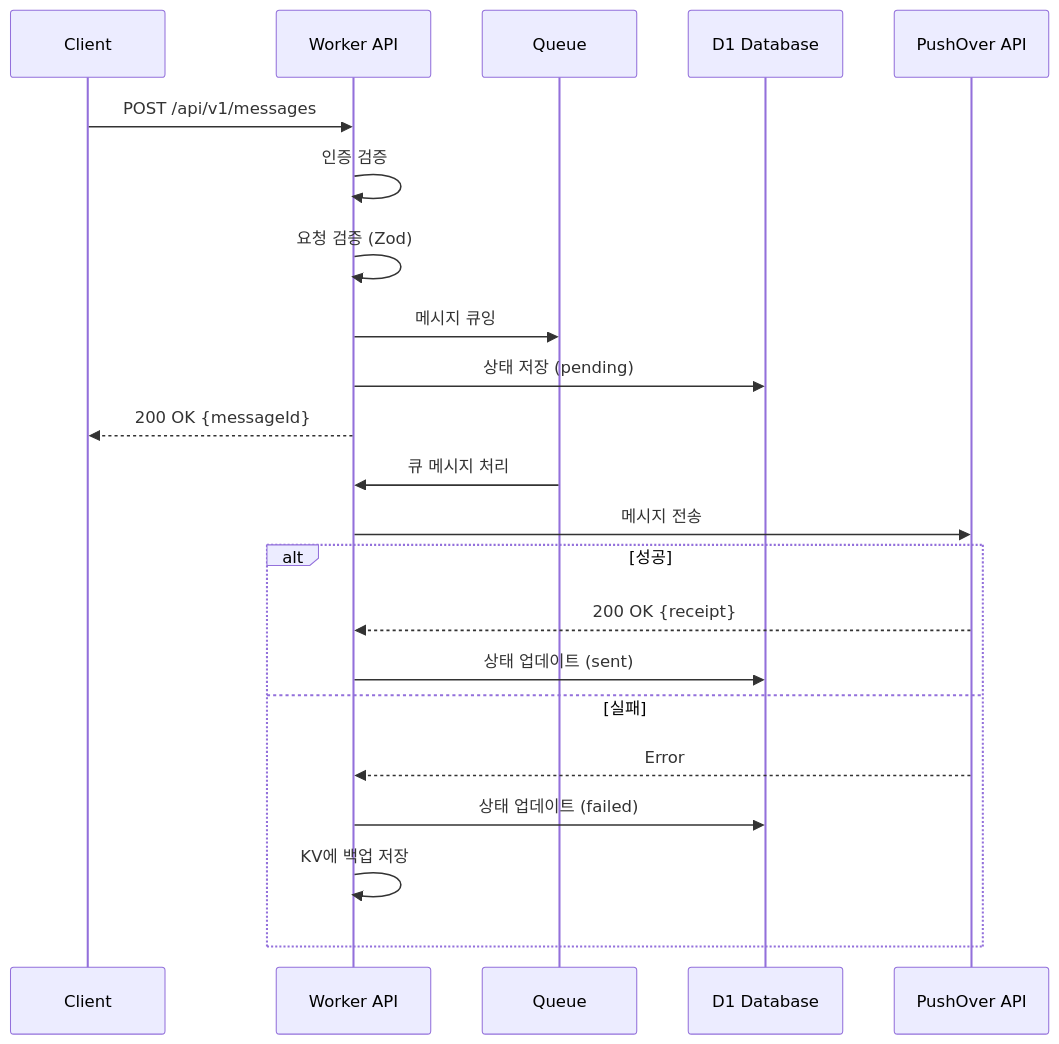
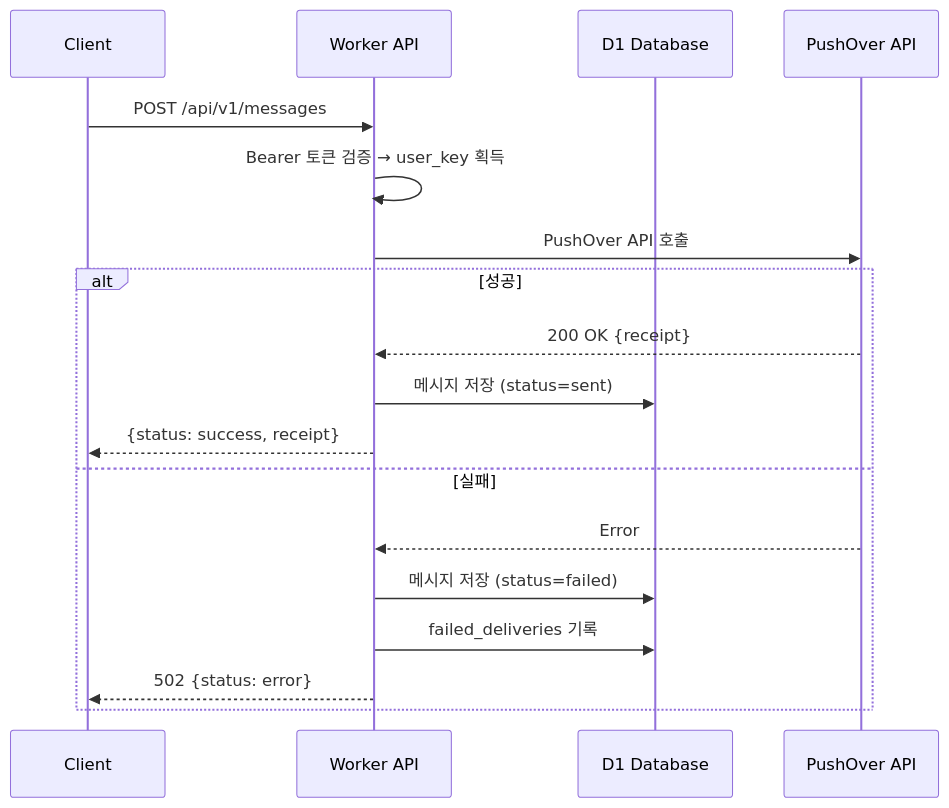
Before and after one commit to deuxksy/PushOver: the second of 5 diagrams in README.md, drawn with Mermaid. The commit also changed other lines of this file, not shown here.

````diff
--- a/README.md
+++ b/README.md
@@ -49,26 +42,21 @@
 ```mermaid
 sequenceDiagram
     participant C as Client
     participant W as Worker API
-    participant Q as Queue
     participant D1 as D1 Database
     participant PO as PushOver API
 
     C->>W: POST /api/v1/messages
-    W->>W: 인증 검증
-    W->>W: 요청 검증 (Zod)
-    W->>Q: 메시지 큐잉
-    W->>D1: 상태 저장 (pending)
-    W-->>C: 200 OK {messageId}
-
-    Q->>W: 큐 메시지 처리
-    W->>PO: 메시지 전송
+    W->>W: Bearer 토큰 검증 → user_key 획득
+    W->>PO: PushOver API 호출
     alt 성공
         PO-->>W: 200 OK {receipt}
-        W->>D1: 상태 업데이트 (sent)
+        W->>D1: 메시지 저장 (status=sent)
+        W-->>C: {status: success, receipt}
     else 실패
         PO-->>W: Error
-        W->>D1: 상태 업데이트 (failed)
-        W->>W: KV에 백업 저장
+        W->>D1: 메시지 저장 (status=failed)
+        W->>D1: failed_deliveries 기록
+        W-->>C: 502 {status: error}
     end
 ```
````
